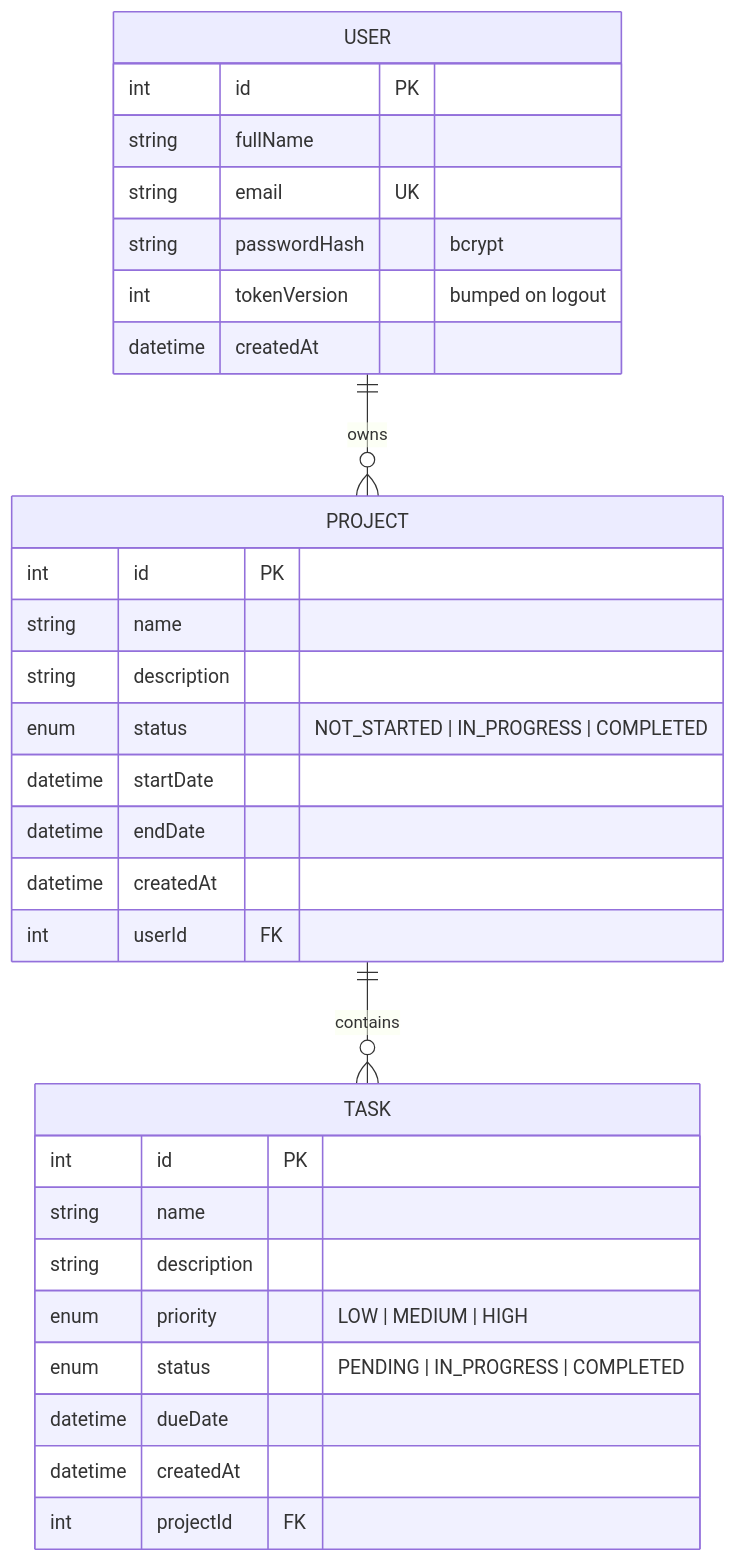
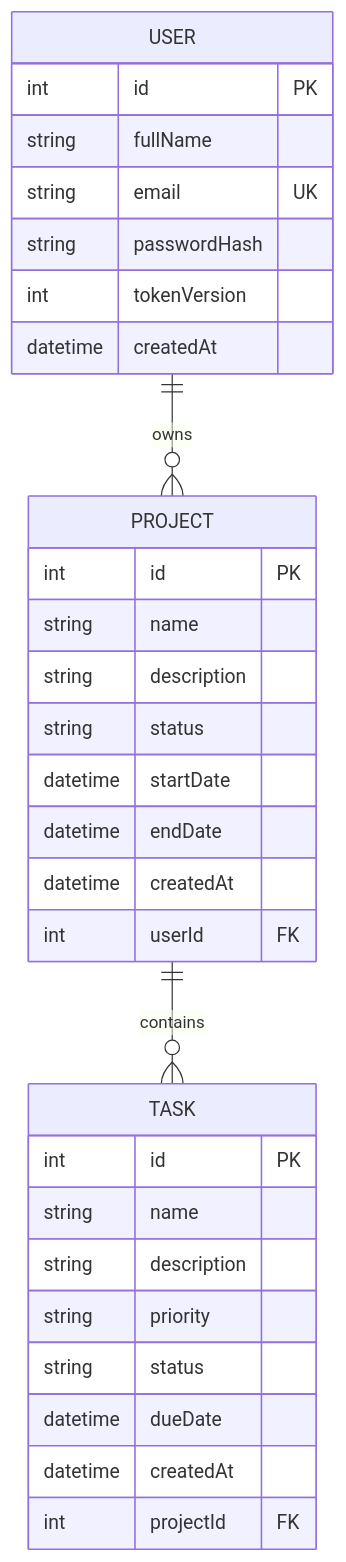
Before and after one commit to GokulPrasath79/Project-Manager: the diagram in docs/ER_DIAGRAM.md, drawn with Mermaid. The commit also changed other lines of this file, not shown here.

````diff
--- a/docs/ER_DIAGRAM.md
+++ b/docs/ER_DIAGRAM.md
@@ -3,33 +3,36 @@
 ```mermaid
 erDiagram
     USER ||--o{ PROJECT : owns
     PROJECT ||--o{ TASK : contains
+
     USER {
         int id PK
         string fullName
         string email UK
-        string passwordHash "bcrypt"
-        int tokenVersion "bumped on logout"
+        string passwordHash
+        int tokenVersion
         datetime createdAt
     }
+
     PROJECT {
         int id PK
         string name
         string description
-        enum status "NOT_STARTED | IN_PROGRESS | COMPLETED"
+        string status
         datetime startDate
         datetime endDate
         datetime createdAt
         int userId FK
     }
+
     TASK {
         int id PK
         string name
         string description
-        enum priority "LOW | MEDIUM | HIGH"
-        enum status "PENDING | IN_PROGRESS | COMPLETED"
+        string priority
+        string status
         datetime dueDate
         datetime createdAt
         int projectId FK
     }
 ```
````
